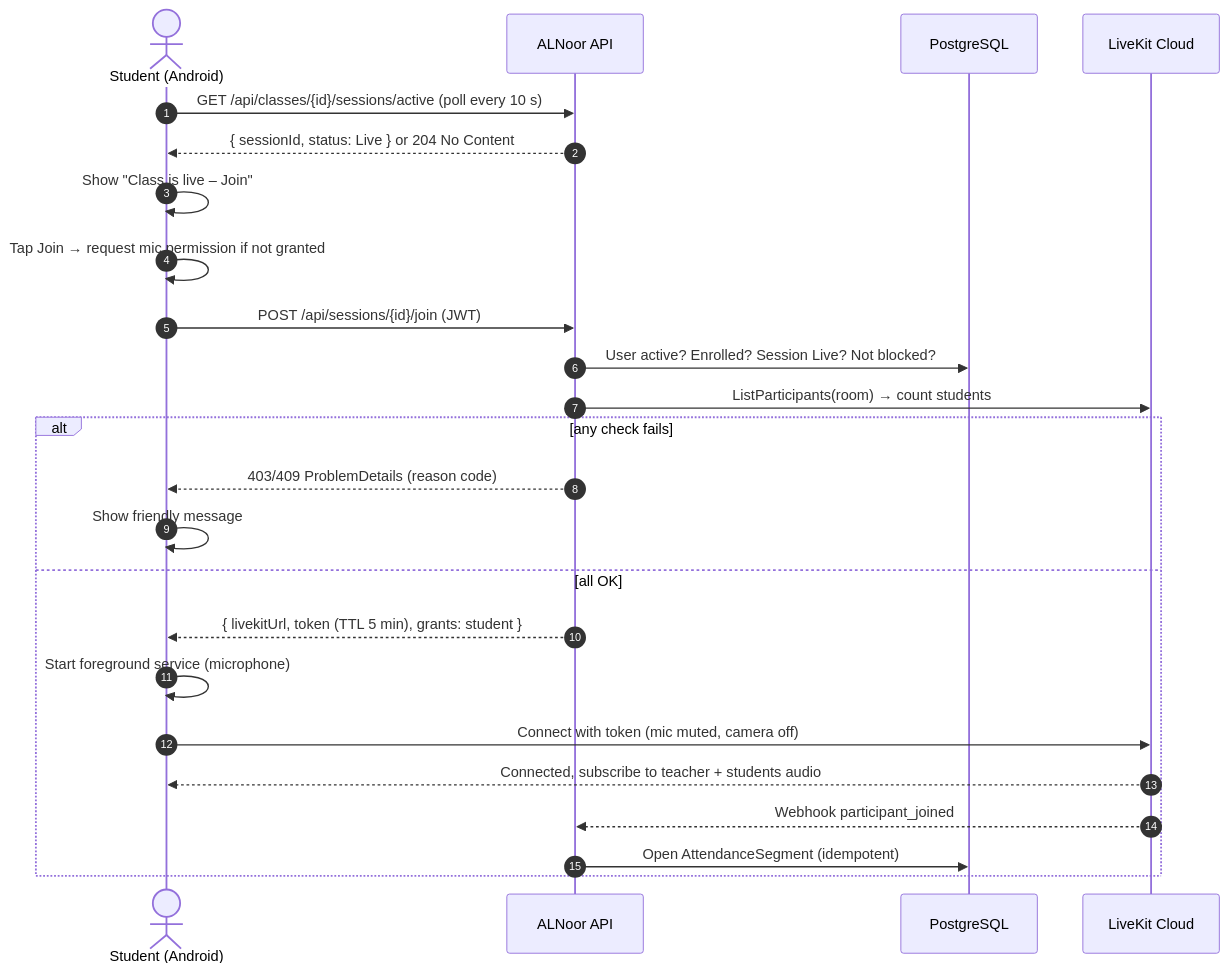
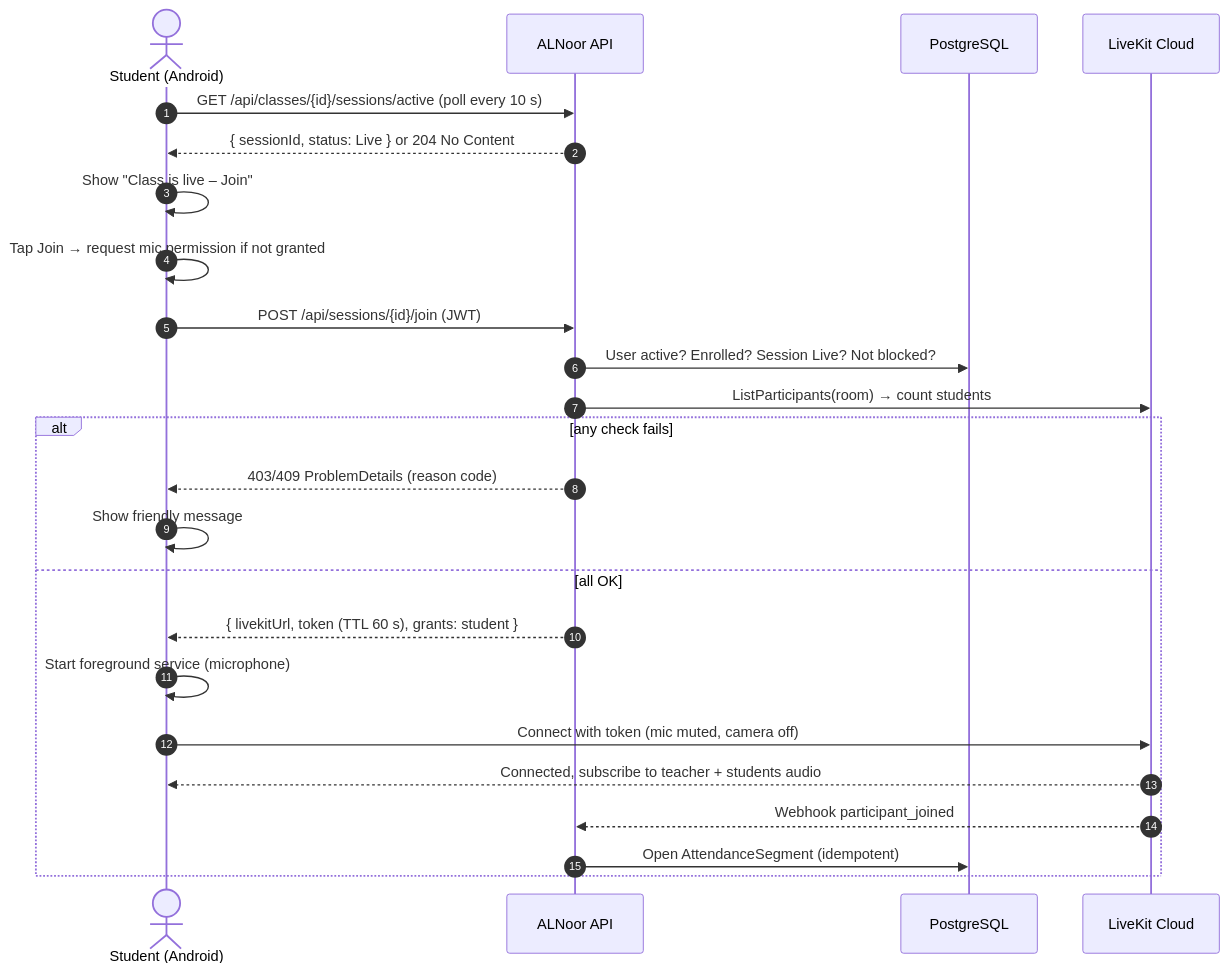
Before and after one commit to ABSCoder1981/alnoor: the second of 7 diagrams in docs/PRD.md, drawn with Mermaid. The commit also changed other lines of this file and 1 other file, not shown here.

Commit message:
PRD 14.3: LiveKit join token lifetime 60 s approved by the owner

````diff
--- a/docs/PRD.md
+++ b/docs/PRD.md
@@ -298,27 +298,27 @@
 ```mermaid
 sequenceDiagram
     autonumber
     actor S as Student (Android)
     participant API as ALNoor API
     participant DB as PostgreSQL
     participant LK as LiveKit Cloud
 
     S->>API: GET /api/classes/{id}/sessions/active (poll every 10 s)
     API-->>S: { sessionId, status: Live } or 204 No Content
     S->>S: Show "Class is live – Join"
     S->>S: Tap Join → request mic permission if not granted
     S->>API: POST /api/sessions/{id}/join (JWT)
     API->>DB: User active? Enrolled? Session Live? Not blocked?
     API->>LK: ListParticipants(room) → count students
     alt any check fails
         API-->>S: 403/409 ProblemDetails (reason code)
         S->>S: Show friendly message
     else all OK
-        API-->>S: { livekitUrl, token (TTL 5 min), grants: student }
+        API-->>S: { livekitUrl, token (TTL 60 s), grants: student }
         S->>S: Start foreground service (microphone)
         S->>LK: Connect with token (mic muted, camera off)
         LK-->>S: Connected, subscribe to teacher + students audio
         LK-->>API: Webhook participant_joined
         API->>DB: Open AttendanceSegment (idempotent)
     end
 ```
````
